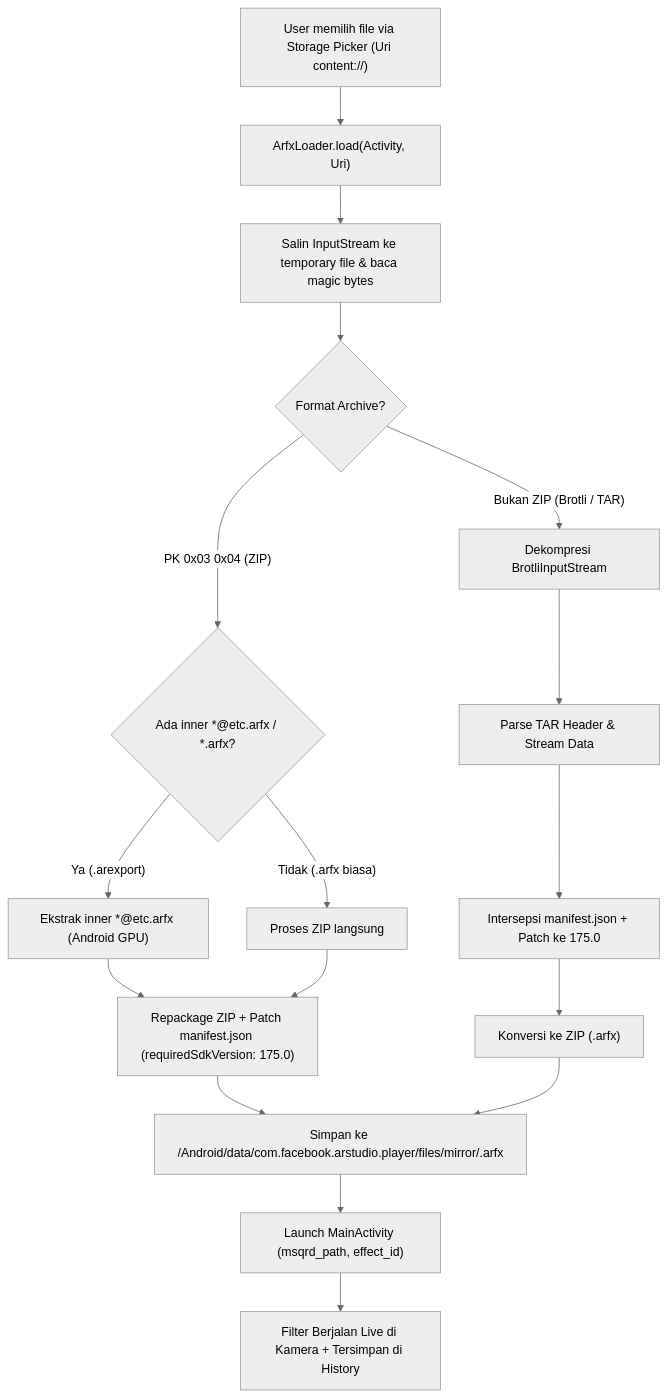
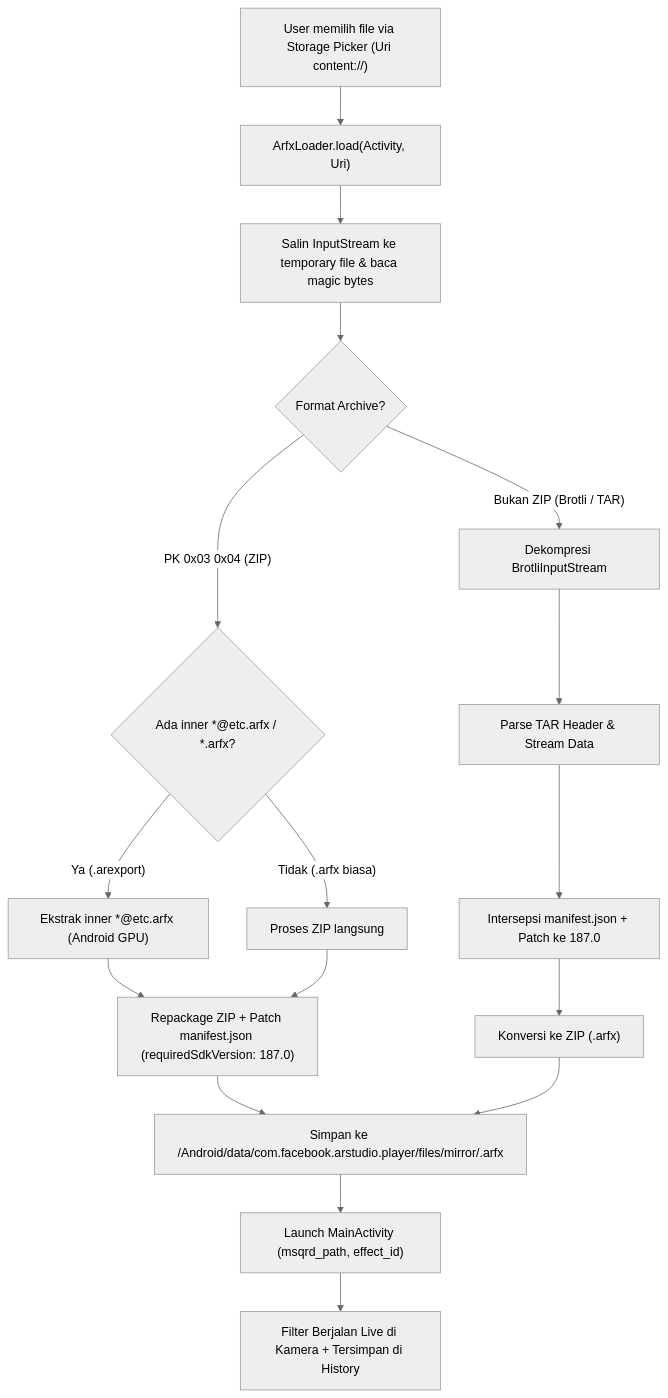
The diagram in DOKUMENTASI_REVERSE_ENGINEERING.md (RakaKuswanto/MetaSparkPlayer), drawn with Mermaid (neutral theme) before and after one commit. The commit also changed other lines of this file and 30182 other files, not shown here.

````diff
--- a/DOKUMENTASI_REVERSE_ENGINEERING.md
+++ b/DOKUMENTASI_REVERSE_ENGINEERING.md
@@ -106,19 +100,19 @@
 ```mermaid
 flowchart TD
     A["User memilih file via Storage Picker (Uri content://)"] --> B["ArfxLoader.load(Activity, Uri)"]
     B --> C["Salin InputStream ke temporary file & baca magic bytes"]
     C --> D{"Format Archive?"}
     D -- "PK 0x03 0x04 (ZIP)" --> E{"Ada inner *@etc.arfx / *.arfx?"}
     E -- "Ya (.arexport)" --> F["Ekstrak inner *@etc.arfx (Android GPU)"]
     E -- "Tidak (.arfx biasa)" --> G["Proses ZIP langsung"]
-    F --> H["Repackage ZIP + Patch manifest.json (requiredSdkVersion: 175.0)"]
+    F --> H["Repackage ZIP + Patch manifest.json (requiredSdkVersion: 187.0)"]
     G --> H
     D -- "Bukan ZIP (Brotli / TAR)" --> I["Dekompresi BrotliInputStream"]
     I --> J["Parse TAR Header & Stream Data"]
-    J --> K["Intersepsi manifest.json + Patch ke 175.0"]
+    J --> K["Intersepsi manifest.json + Patch ke 187.0"]
     K --> L["Konversi ke ZIP (.arfx)"]
     H --> M["Simpan ke /Android/data/com.facebook.arstudio.player/files/mirror/<Name>.arfx"]
     L --> M
     M --> N["Launch MainActivity (msqrd_path, effect_id)"]
     N --> O["Filter Berjalan Live di Kamera + Tersimpan di History"]
 ```
````
